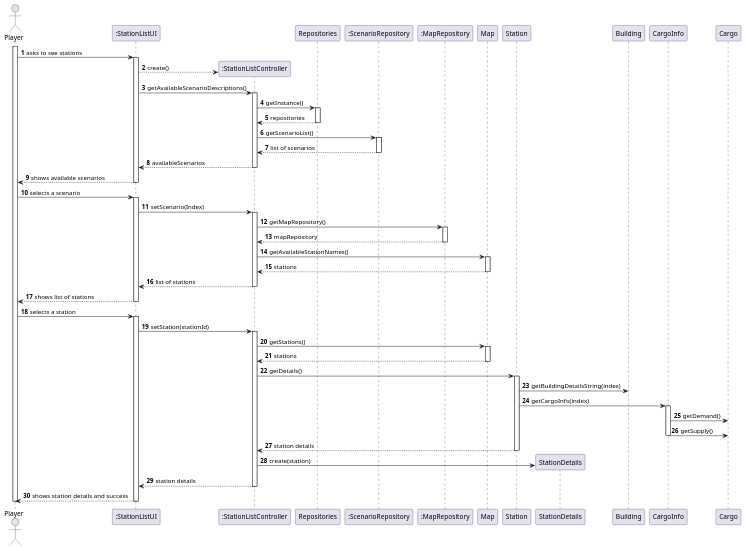
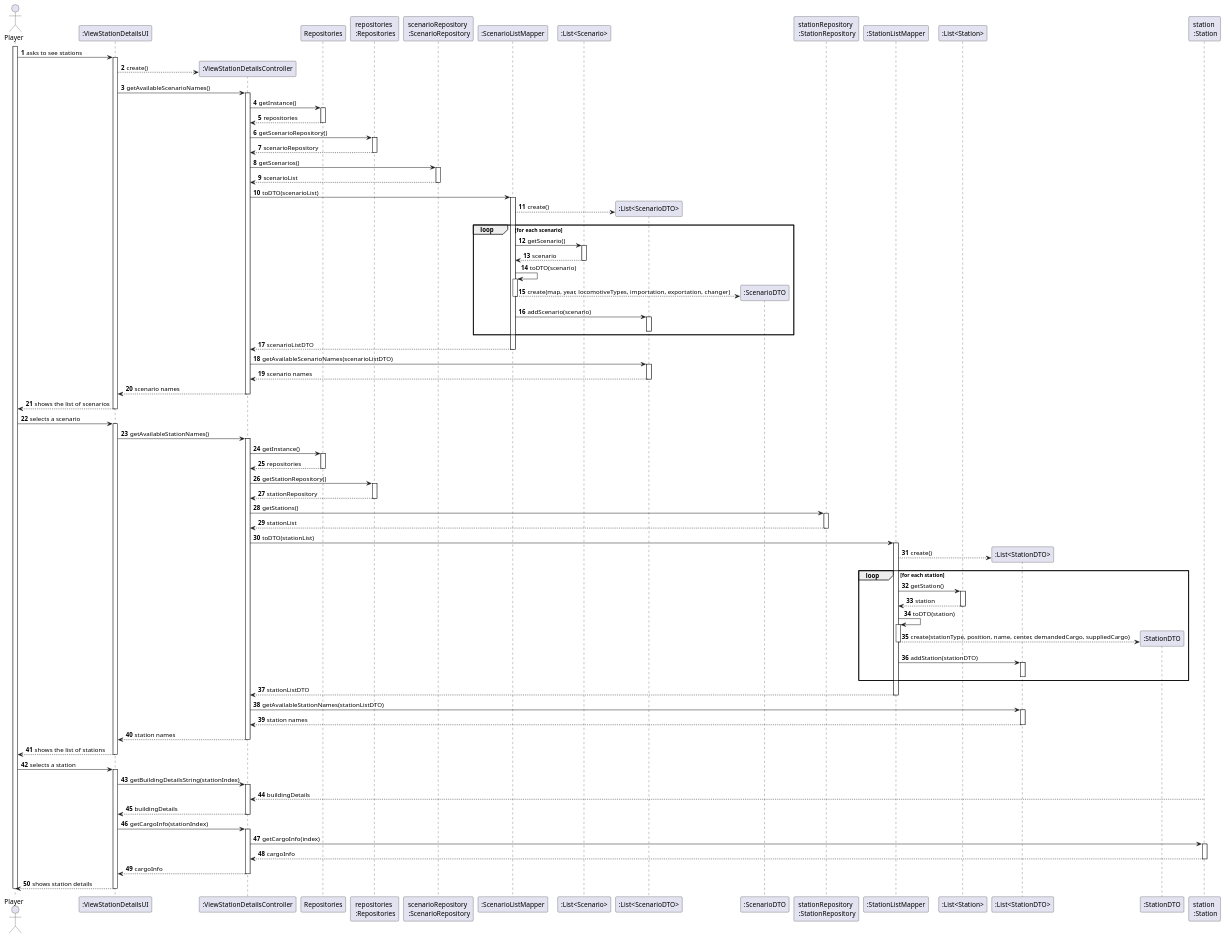
The diagram in Sprint3/US007/03.design/puml/US007-SD-full.puml (1240935/pi2-railway-simulator), drawn with PlantUML before and after one commit. The commit also changed 6 other files, not shown here.

```diff
--- a/Sprint3/US007/03.design/puml/US007-SD-full.puml
+++ b/Sprint3/US007/03.design/puml/US007-SD-full.puml
@@ -1,85 +1,176 @@
 @startuml
 'skinparam monochrome true
 skinparam packageStyle rectangle
 skinparam shadowing false
 
 autonumber
 
 actor "Player" as PLAYER
-participant ":StationListUI" as UI
-participant ":StationListController" as CTRL
+participant ":ViewStationDetailsUI" as UI
+participant ":ViewStationDetailsController" as CTRL
 participant "Repositories" as REPOS
-participant ":ScenarioRepository" as SCEN_REPOS
-participant ":MapRepository" as MAP_REPOS
-participant "Map" as MAP
-participant "Station" as STATION
-participant "StationDetails" as DETAILS
-participant "Building" as BUILDING
-participant "CargoInfo" as CARGOINFO
-participant "Cargo" as CARGO
+participant "repositories \n :Repositories" as REPO_SINGLETON
+participant "scenarioRepository \n :ScenarioRepository" as SCEN_REPOS
+participant ":ScenarioListMapper" as SMAPPER
+participant ":List<Scenario>" as LIST_SCENARIO
+participant ":List<ScenarioDTO>" as SLDTO
+participant ":ScenarioDTO" as SDTO
+participant "stationRepository \n :StationRepository" as STATION_REPOS
+participant ":StationListMapper" as STATIONMAPPER
+participant ":List<Station>" as LIST_STATION
+participant ":List<StationDTO>" as STATIONLDTO
+participant ":StationDTO" as STATIONDTO
+participant "station \n :Station" as STATION
+
 
 activate PLAYER
 
     PLAYER -> UI : asks to see stations
     activate UI
+
         UI --> CTRL** : create()
-        UI -> CTRL : getAvailableScenarioDescriptions()
-            activate CTRL
-            CTRL -> REPOS : getInstance()
-                activate REPOS
-                REPOS --> CTRL : repositories
-                deactivate REPOS
-            CTRL -> SCEN_REPOS : getScenarioList()
-                activate SCEN_REPOS
-                SCEN_REPOS --> CTRL : list of scenarios
-                deactivate SCEN_REPOS
-            CTRL --> UI : availableScenarios
-            deactivate CTRL
 
-        UI --> PLAYER : shows available scenarios
-    deactivate UI
+            UI -> CTRL : getAvailableScenarioNames()
+           activate CTRL
 
-    PLAYER -> UI : selects a scenario
-    activate UI
-        UI -> CTRL : setScenario(Index)
-        activate CTRL
-        CTRL -> MAP_REPOS : getMapRepository()
-            activate MAP_REPOS
-            MAP_REPOS --> CTRL : mapRepository
-            deactivate MAP_REPOS
-        CTRL -> MAP : getAvailableStationNames()
-            activate MAP
-            MAP --> CTRL : stations
-            deactivate MAP
-        CTRL --> UI : list of stations
-        deactivate CTRL
-        UI --> PLAYER : shows list of stations
-    deactivate UI
+                       CTRL -> REPOS : getInstance()
+                       activate REPOS
+
+                       REPOS --> CTRL : repositories
+                       deactivate REPOS
+
+                       CTRL -> REPO_SINGLETON : getScenarioRepository()
+                       activate REPO_SINGLETON
+                       REPO_SINGLETON --> CTRL : scenarioRepository
+                       deactivate REPO_SINGLETON
+
+                       CTRL -> SCEN_REPOS : getScenarios()
+                       activate SCEN_REPOS
+                       SCEN_REPOS --> CTRL : scenarioList
+                       deactivate SCEN_REPOS
+
+                       CTRL -> SMAPPER : toDTO(scenarioList)
+                       activate SMAPPER
+
+                       SMAPPER --> SLDTO** : create()
+
+                       loop for each scenario
+                           SMAPPER -> LIST_SCENARIO : getScenario()
+                           activate LIST_SCENARIO
+                           LIST_SCENARIO --> SMAPPER : scenario
+                           deactivate LIST_SCENARIO
+
+                           SMAPPER -> SMAPPER : toDTO(scenario)
+                           activate SMAPPER
+
+                           SMAPPER --> SDTO** : create(map, year, locomotiveTypes, importation, exportation, changer)
+                           deactivate SMAPPER
+
+                           SMAPPER -> SLDTO : addScenario(scenario)
+                           activate SLDTO
+                           deactivate SLDTO
+                       end loop
+
+                       SMAPPER --> CTRL : scenarioListDTO
+                       deactivate SMAPPER
+
+                       CTRL -> SLDTO : getAvailableScenarioNames(scenarioListDTO)
+                       activate SLDTO
+
+                       SLDTO --> CTRL : scenario names
+                       deactivate SLDTO
+
+                       CTRL --> UI : scenario names
+           deactivate CTRL
+
+           UI --> PLAYER : shows the list of scenarios
+        deactivate UI
+
+            PLAYER -> UI : selects a scenario
+        activate UI
+
+            UI -> CTRL : getAvailableStationNames()
+                 activate CTRL
+
+                                      CTRL -> REPOS : getInstance()
+                                      activate REPOS
+
+                                      REPOS --> CTRL : repositories
+                                      deactivate REPOS
+
+                                      CTRL -> REPO_SINGLETON : getStationRepository()
+                                      activate REPO_SINGLETON
+                                      REPO_SINGLETON --> CTRL : stationRepository
+                                      deactivate REPO_SINGLETON
+
+                                      CTRL -> STATION_REPOS : getStations()
+                                      activate STATION_REPOS
+                                      STATION_REPOS --> CTRL : stationList
+                                      deactivate STATION_REPOS
+
+                                      CTRL -> STATIONMAPPER : toDTO(stationList)
+                                      activate STATIONMAPPER
+
+                                      STATIONMAPPER --> STATIONLDTO** : create()
+
+                                      loop for each station
+                                          STATIONMAPPER -> LIST_STATION : getStation()
+                                          activate LIST_STATION
+                                          LIST_STATION --> STATIONMAPPER : station
+                                          deactivate LIST_STATION
+
+                                          STATIONMAPPER -> STATIONMAPPER : toDTO(station)
+                                          activate STATIONMAPPER
+
+                                          STATIONMAPPER --> STATIONDTO** : create(stationType, position, name, center, demandedCargo, suppliedCargo)
+                                          deactivate STATIONMAPPER
+
+                                          STATIONMAPPER -> STATIONLDTO : addStation(stationDTO)
+                                          activate STATIONLDTO
+                                          deactivate STATIONLDTO
+                                      end loop
+
+                                      STATIONMAPPER --> CTRL : stationListDTO
+                                      deactivate STATIONMAPPER
+
+                                      CTRL -> STATIONLDTO : getAvailableStationNames(stationListDTO)
+                                      activate STATIONLDTO
+
+                                      STATIONLDTO --> CTRL : station names
+                                      deactivate STATIONLDTO
+
+                                      CTRL --> UI : station names
+                 deactivate CTRL
+
+                UI --> PLAYER : shows the list of stations
+        deactivate UI
 
     PLAYER -> UI : selects a station
-    activate UI
-        UI -> CTRL : setStation(stationId)
+        activate UI
+
+        UI -> CTRL : getBuildingDetailsString(stationIndex)
         activate CTRL
-        CTRL -> MAP : getStations()
-            activate MAP
-            MAP --> CTRL : stations
-            deactivate MAP
-        CTRL -> STATION : getDetails()
-        activate STATION
-        STATION -> BUILDING : getBuildingDetailsString(index)
-        STATION -> CARGOINFO : getCargoInfo(index)
-        activate CARGOINFO
-        CARGOINFO -> CARGO : getDemand()
-        CARGOINFO -> CARGO : getSupply()
-        deactivate CARGOINFO
-        STATION --> CTRL : station details
+
+        STATION --> CTRL: buildingDetails
         deactivate STATION
-        CTRL -> DETAILS** : create(station)
-        CTRL --> UI : station details
+
+               CTRL --> UI : buildingDetails
         deactivate CTRL
 
-        UI --> PLAYER : shows station details and success
+               UI -> CTRL : getCargoInfo(stationIndex)
+        activate CTRL
+
+        CTRL -> STATION: getCargoInfo(index)
+                activate STATION
+
+                STATION --> CTRL: cargoInfo
+                deactivate STATION
+
+                CTRL --> UI : cargoInfo
+        deactivate CTRL
+
+        UI --> PLAYER : shows station details
     deactivate UI
 
 deactivate PLAYER
 @enduml
```
